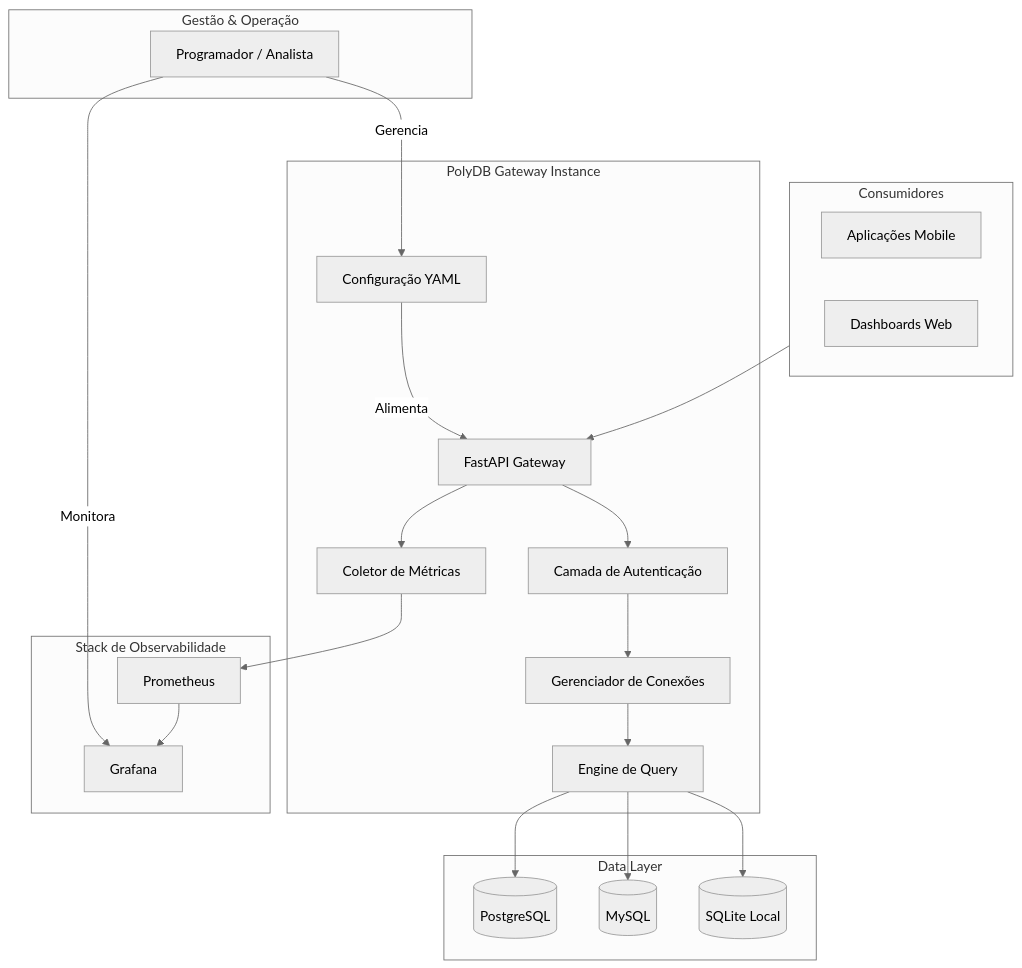
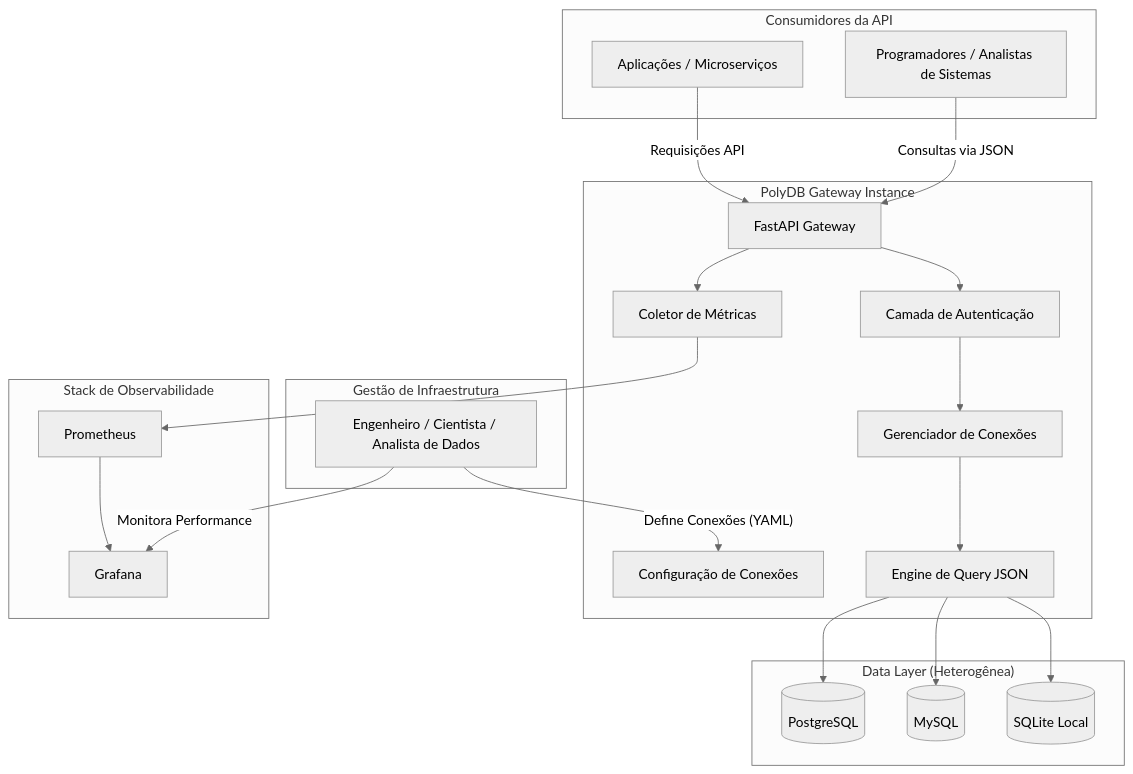
The diagram in README.md (Rilen/PolyDB-Gateway), drawn with Mermaid (neutral theme) before and after one commit.

Commit message:
docs: update Mermaid diagram to clarify roles, components, and data flows in README.

````diff
--- a/README.md
+++ b/README.md
@@ -28,50 +28,52 @@
 ```mermaid
 flowchart TD
-    subgraph Users ["Gestão & Operação"]
-        Admin[Programador / Analista]
+    subgraph Admins ["Gestão de Infraestrutura"]
+        DataRole[Engenheiro / Cientista / Analista de Dados]
     end
 
-    subgraph Clients ["Consumidores"]
-        App1[Aplicações Mobile]
-        App2[Dashboards Web]
+    subgraph Consumers ["Consumidores da API"]
+        Devs[Programadores / Analistas de Sistemas]
+        Apps[Aplicações / Microserviços]
     end
 
     subgraph Gateway ["PolyDB Gateway Instance"]
         API[FastAPI Gateway]
-        Config[Configuração YAML]
+        Config[Configuração de Conexões]
         Auth[Camada de Autenticação]
         ConnMgr[Gerenciador de Conexões]
-        Engine[Engine de Query]
+        Engine[Engine de Query JSON]
         Metrics[Coletor de Métricas]
     end
 
-    subgraph Data ["Data Layer"]
+    subgraph Data ["Data Layer (Heterogênea)"]
         PG[(PostgreSQL)]
         MY[(MySQL)]
         SQ[(SQLite Local)]
     end
 
     subgraph Observability ["Stack de Observabilidade"]
         PR[Prometheus]
         GR[Grafana]
     end
 
-    %% Fluxo de Gestão
-    Admin -- "Gerencia" --> Config
-    Config -- "Alimenta" --> API
-    Admin -- "Monitora" --> GR
+    %% Fluxo de Gestão de Dados
+    DataRole -- "Define Conexões (YAML)" --> Config
+    DataRole -- "Monitora Performance" --> GR
 
-    %% Fluxo de Dados
-    Clients --> API
+    %% Fluxo de Consumo
+    Devs -- "Consultas via JSON" --> API
+    Apps -- "Requisições API" --> API
+    
+    %% Processamento Interno
     API --> Auth
     Auth --> ConnMgr
     ConnMgr --> Engine
     Engine --> PG
     Engine --> MY
     Engine --> SQ
     
     %% Fluxo de Métricas
     API --> Metrics
     Metrics --> PR
     PR --> GR
 ```
````
